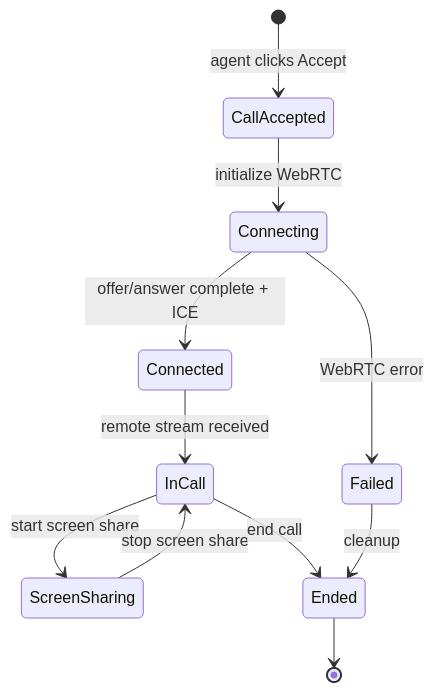
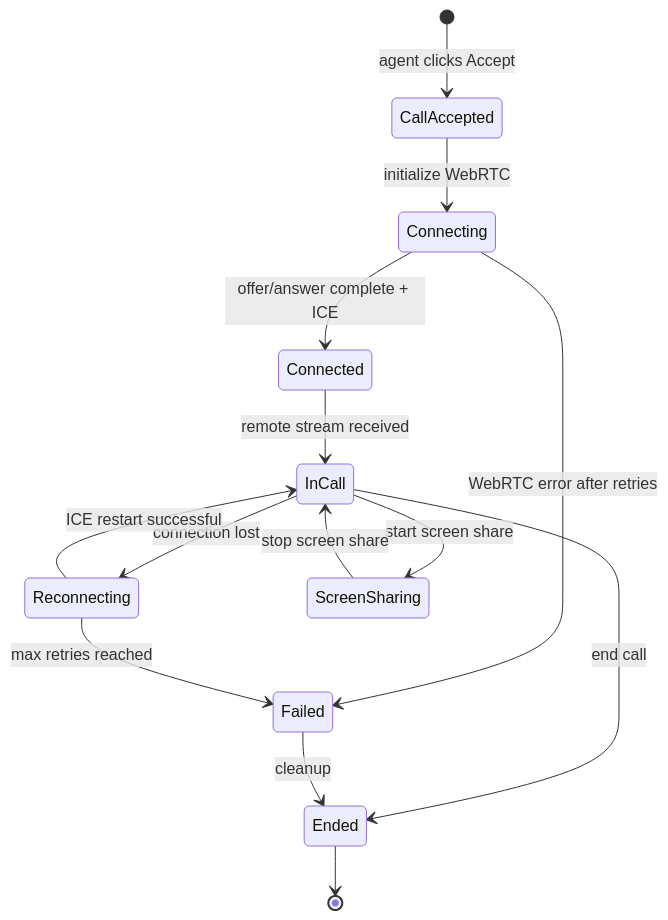
Before and after one commit to ryanod2014/virtualgreeter: the diagram in docs/features/agent/agent-active-call.md, drawn with Mermaid. The commit also changed other lines of this file and 1 other file, not shown here.

````diff
--- a/docs/features/agent/agent-active-call.md
+++ b/docs/features/agent/agent-active-call.md
@@ -47,13 +47,16 @@
 ```mermaid
 stateDiagram-v2
     [*] --> CallAccepted: agent clicks Accept
     CallAccepted --> Connecting: initialize WebRTC
     Connecting --> Connected: offer/answer complete + ICE
-    Connecting --> Failed: WebRTC error
+    Connecting --> Failed: WebRTC error after retries
     Connected --> InCall: remote stream received
+    InCall --> Reconnecting: connection lost
+    Reconnecting --> InCall: ICE restart successful
+    Reconnecting --> Failed: max retries reached
     InCall --> ScreenSharing: start screen share
     ScreenSharing --> InCall: stop screen share
     InCall --> Ended: end call
     Failed --> Ended: cleanup
     Ended --> [*]
 ```
````
